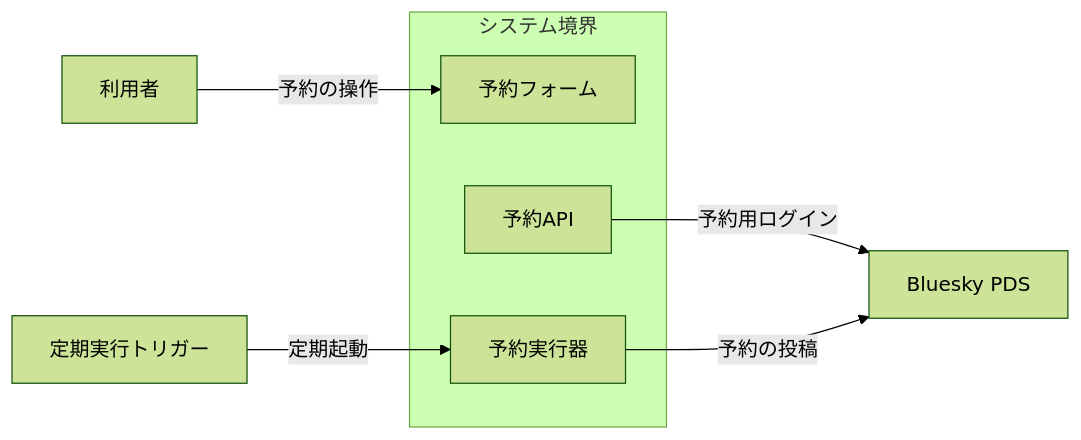
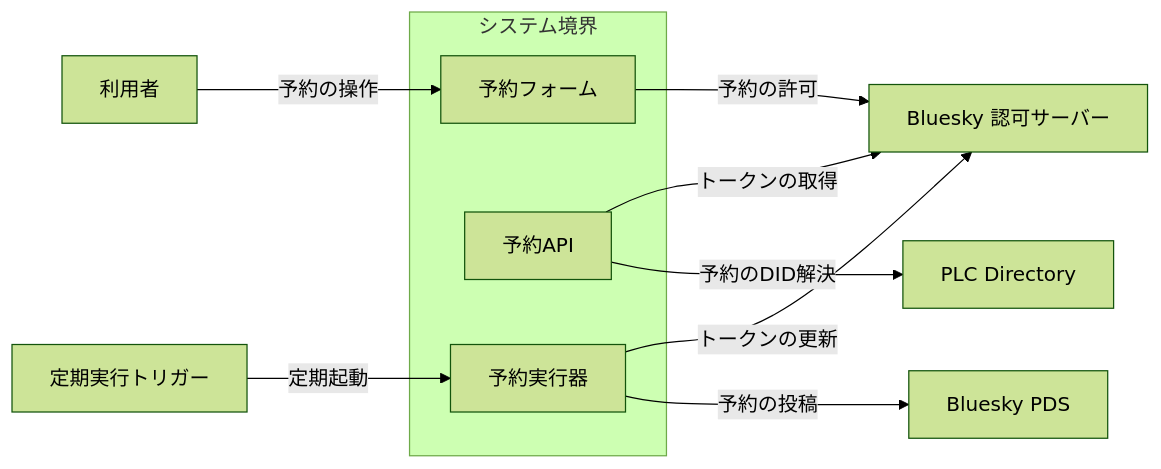
The second of 6 diagrams in docs/architecture/scheduled-post.md (nekono-dev/skyshare), drawn with Mermaid (forest theme) before and after one commit. The commit also changed other lines of this file and 88 other files, not shown here.

````diff
--- a/docs/architecture/scheduled-post.md
+++ b/docs/architecture/scheduled-post.md
@@ -50,12 +57,15 @@
 ```mermaid
 flowchart LR
   subgraph システム境界
     form["予約フォーム"]
     api["予約API"]
     runner["予約実行器"]
   end
   ext_user["利用者"] -->|予約の操作| form
   ext_cron["定期実行トリガー"] -->|定期起動| runner
-  api -->|予約用ログイン| ext_pds["Bluesky PDS"]
-  runner -->|予約の投稿| ext_pds
+  form -->|予約の許可| ext_auth["Bluesky 認可サーバー"]
+  api -->|トークンの取得| ext_auth
+  runner -->|トークンの更新| ext_auth
+  api -->|予約のDID解決| ext_plc["PLC Directory"]
+  runner -->|予約の投稿| ext_pds["Bluesky PDS"]
 ```
````
